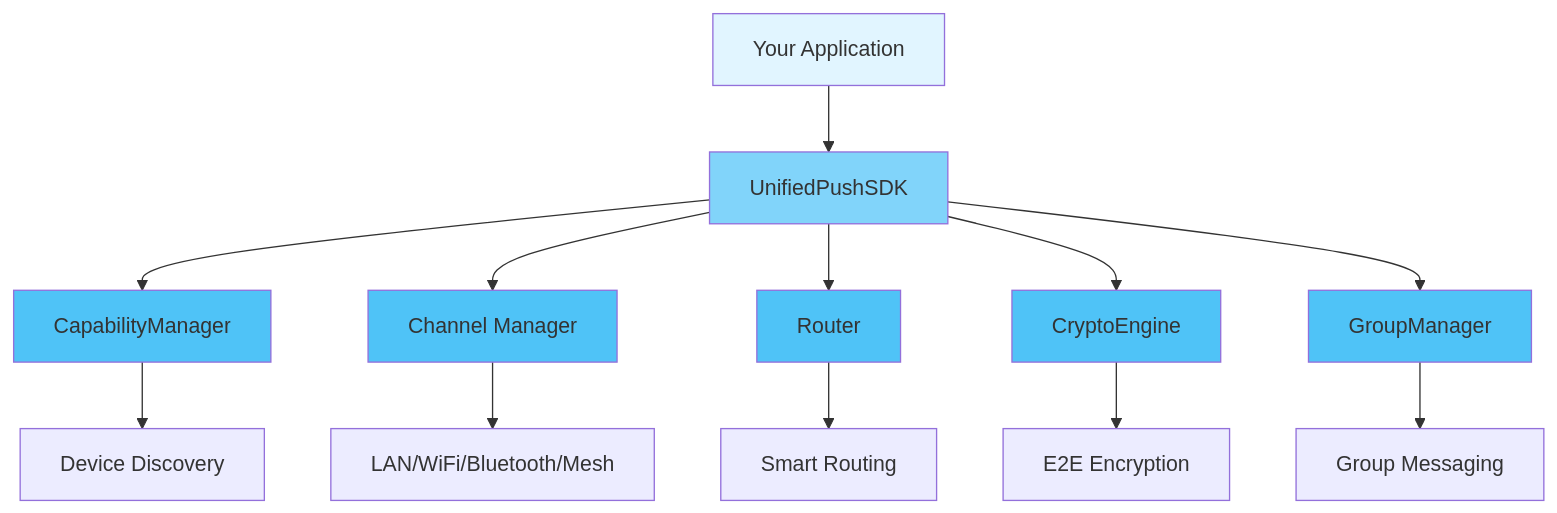
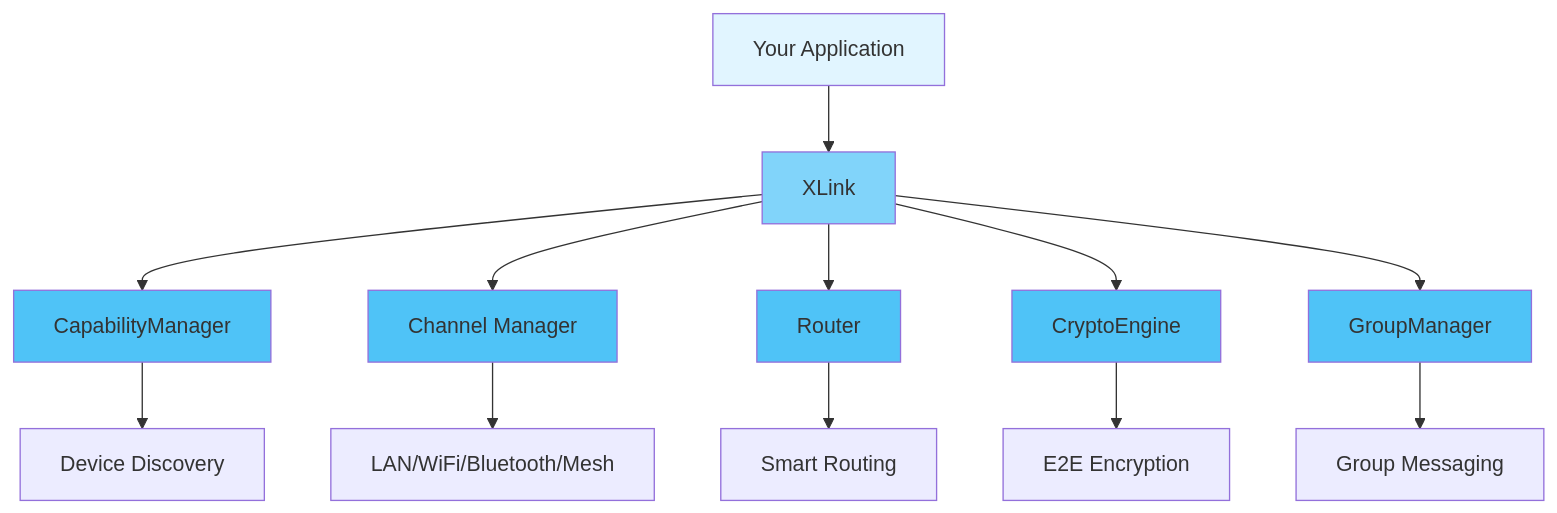
Before and after one commit to Kirky-X/xlink: the diagram in docs/USER_GUIDE.md, drawn with Mermaid. The commit also changed other lines of this file and 3 other files, not shown here.

````diff
--- a/docs/USER_GUIDE.md
+++ b/docs/USER_GUIDE.md
@@ -243,22 +243,22 @@
 ```mermaid
 graph TD
-    A[Your Application] --> B[UnifiedPushSDK]
+    A[Your Application] --> B[XLink]
     B --> C[CapabilityManager]
     B --> D[Channel Manager]
     B --> E[Router]
     B --> F[CryptoEngine]
     B --> G[GroupManager]
     C --> H[Device Discovery]
     D --> I[LAN/WiFi/Bluetooth/Mesh]
     E --> J[Smart Routing]
     F --> K[E2E Encryption]
     G --> L[Group Messaging]
     
     style A fill:#e1f5ff
     style B fill:#81d4fa
     style C fill:#4fc3f7
     style D fill:#4fc3f7
     style E fill:#4fc3f7
     style F fill:#4fc3f7
     style G fill:#4fc3f7
 ```
````
